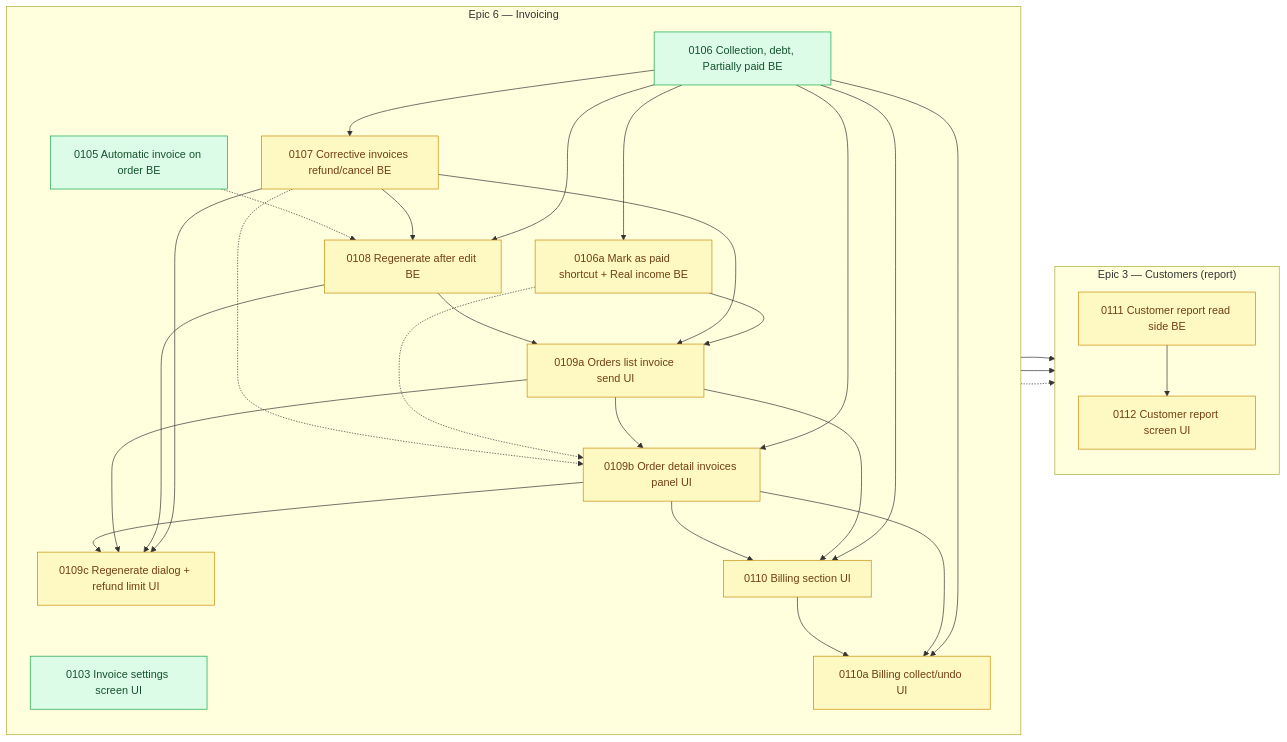
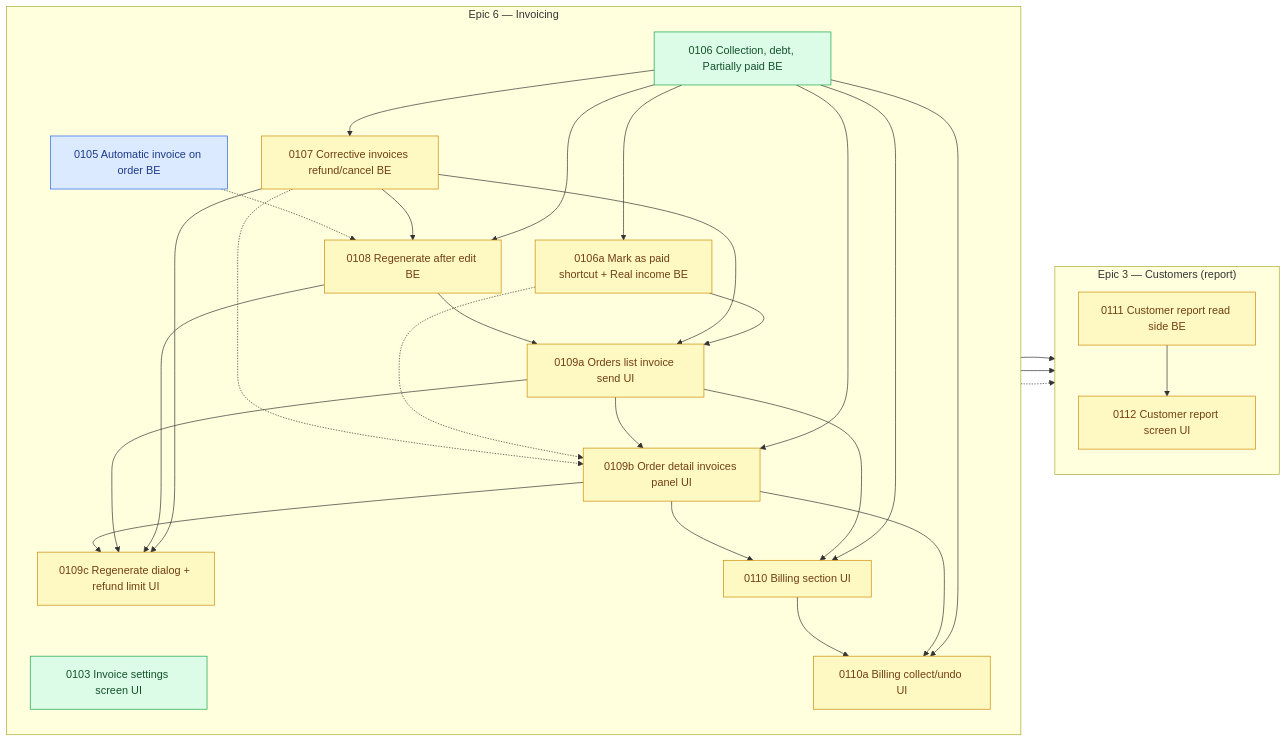
The diagram in arospe/ai-spec/tasks-map.md (shojen/AI4Devs-finalproject), drawn with Mermaid before and after one commit. The commit also changed other lines of this file and 6 other files, not shown here.

````diff
--- a/arospe/ai-spec/tasks-map.md
+++ b/arospe/ai-spec/tasks-map.md
@@ -817,6 +821,7 @@
     %% Shared-file risk with the stock dialogs (no dependency): see the update note at the top.
     %% (P0104 --> P0105/P0109a/P0109b/P0110 dropped: 0104 closed to done/ 2026-11-19; 0105 is now ready, no node is `claimed`.)
     %% (P0102 --> P0103/P0104/P0109b/P0110 dropped: 0102 closed to done/ 2026-11-19; 0103 and 0104 are now ready.)
-    class P0103,P0105,P0106 ready;
+    class P0103,P0106 ready;
+    class P0105 claimed;
     class P0106a,P0107,P0108,P0109a,P0109b,P0109c,P0110,P0110a,P0111,P0112 pending;
 ```
````
